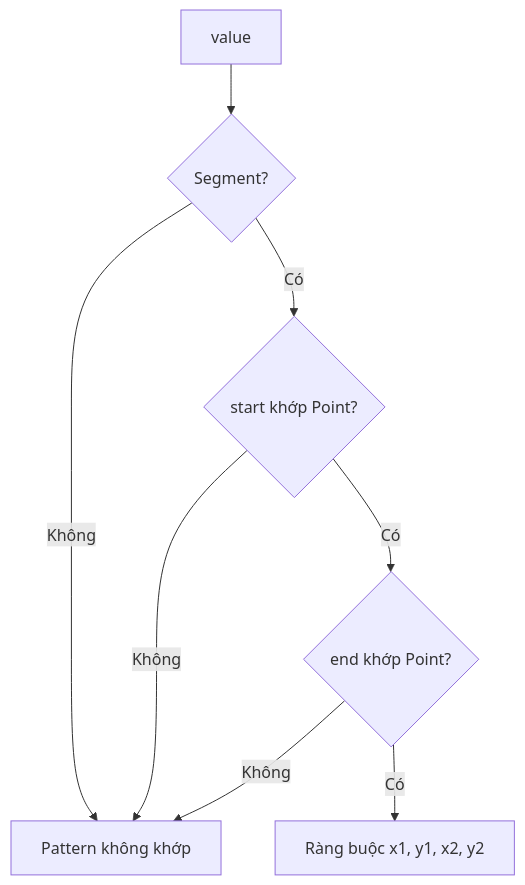
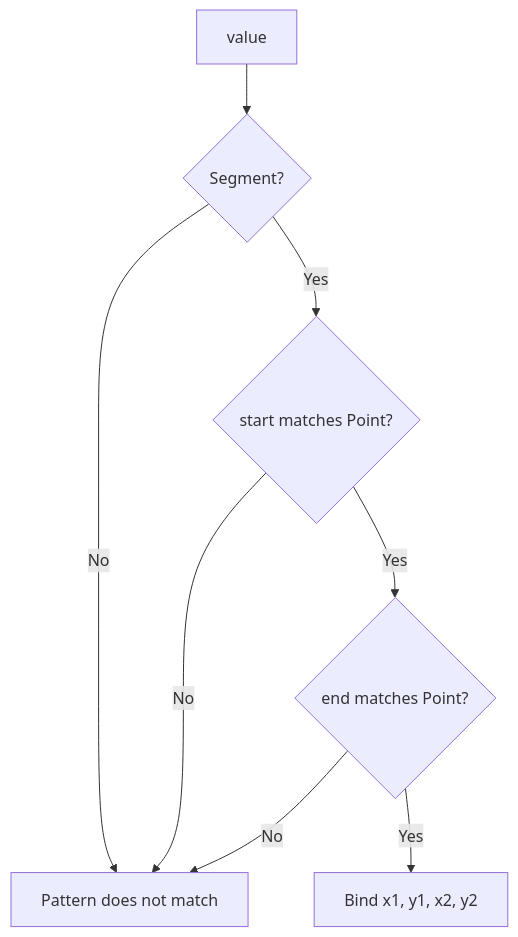
One commit to phuongnguyenit93/learning-platform-data changed the diagram in module/platform/development/programming/language/java/core/language-basics/content/knowledge/en/21.type-patterns/type-patterns-008.md. Above: the diagram before and after it, drawn with Mermaid. The commit also changed other lines of this file and 2307 other files, not shown here.

```diff
--- a/module/platform/development/programming/language/java/core/language-basics/content/knowledge/en/21.type-patterns/type-patterns-008.md
+++ b/module/platform/development/programming/language/java/core/language-basics/content/knowledge/en/21.type-patterns/type-patterns-008.md
@@ -143,10 +143,10 @@
 ~~~mermaid
 flowchart TD
     A["value"] --> B{"Segment?"}
-    B -- Không --> F["Pattern không khớp"]
-    B -- Có --> C{"start khớp Point?"}
-    C -- Không --> F
-    C -- Có --> D{"end khớp Point?"}
-    D -- Không --> F
-    D -- Có --> E["Ràng buộc x1, y1, x2, y2"]
+    B -- No --> F["Pattern does not match"]
+    B -- Yes --> C{"start matches Point?"}
+    C -- No --> F
+    C -- Yes --> D{"end matches Point?"}
+    D -- No --> F
+    D -- Yes --> E["Bind x1, y1, x2, y2"]
 ~~~
```
